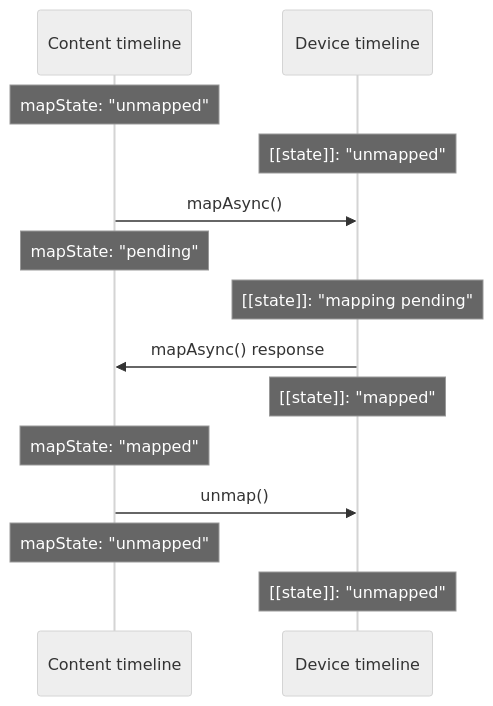
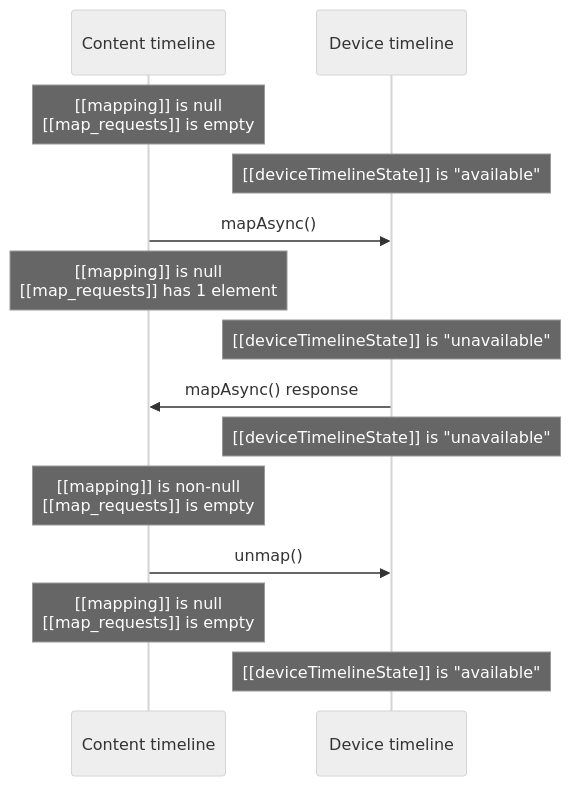
One commit to gpuweb/gpuweb changed the diagram in spec/diagrams/buffer-map-unmap.mmd. Above: the diagram before and after it, drawn with Mermaid (neutral theme). The commit also changed 4 other files, not shown here.

```diff
--- a/spec/diagrams/buffer-map-unmap.mmd
+++ b/spec/diagrams/buffer-map-unmap.mmd
@@ -1,12 +1,12 @@
 sequenceDiagram
-    Note over Content timeline: mapState: "unmapped"
-    Note over Device timeline: [[state]]: "unmapped"
+    Note over Content timeline: [[mapping]] is null<br>[[map_requests]] is empty
+    Note over Device timeline: [[deviceTimelineState]] is "available"
     Content timeline ->> Device timeline: mapAsync()
-    Note over Content timeline: mapState: "pending"
-    Note over Device timeline: [[state]]: "mapping pending"
+    Note over Content timeline: [[mapping]] is null<br>[[map_requests]] has 1 element
+    Note over Device timeline: [[deviceTimelineState]] is "unavailable"
     Device timeline ->> Content timeline: mapAsync() response
-    Note over Device timeline: [[state]]: "mapped"
-    Note over Content timeline: mapState: "mapped"
+    Note over Device timeline: [[deviceTimelineState]] is "unavailable"
+    Note over Content timeline: [[mapping]] is non-null<br>[[map_requests]] is empty
     Content timeline ->> Device timeline: unmap()
-    Note over Content timeline: mapState: "unmapped"
-    Note over Device timeline: [[state]]: "unmapped"
+    Note over Content timeline: [[mapping]] is null<br>[[map_requests]] is empty
+    Note over Device timeline: [[deviceTimelineState]] is "available"
```
